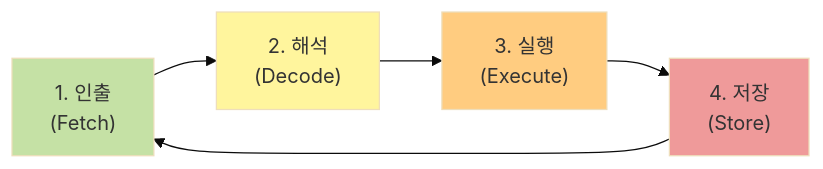
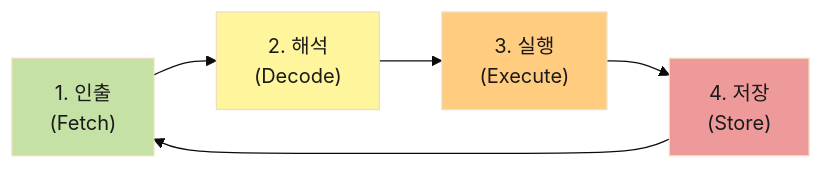
One commit to Cllaude99/cllaude99_labs changed the fourth of 9 diagrams in apps/devblog/content/posts/computer-architecture.mdx. Above: the diagram before and after it, drawn with Mermaid (base theme). The commit also changed other lines of this file, not shown here.

Commit message:
fix: 컴퓨터 구조 글의 머메이드 다이어그램에 다크 모드 텍스트 색상 추가                                                           - 모든 다이어그램 style 정의에color:#1a1a1a 속성을 추가하여 다크 모드에서 글씨가 보이지 않는 문제를 수정했습니다.

````diff
--- a/apps/devblog/content/posts/computer-architecture.mdx
+++ b/apps/devblog/content/posts/computer-architecture.mdx
@@ -164,12 +164,12 @@
 ```mermaid
 graph LR
     A["1. 인출<br/>(Fetch)"] --> B["2. 해석<br/>(Decode)"]
     B --> C["3. 실행<br/>(Execute)"]
     C --> D["4. 저장<br/>(Store)"]
     D --> A
 
-    style A fill:#c5e1a5
-    style B fill:#fff59d
-    style C fill:#ffcc80
-    style D fill:#ef9a9a
+    style A fill:#c5e1a5,color:#1a1a1a
+    style B fill:#fff59d,color:#1a1a1a
+    style C fill:#ffcc80,color:#1a1a1a
+    style D fill:#ef9a9a,color:#1a1a1a
 ```
````
